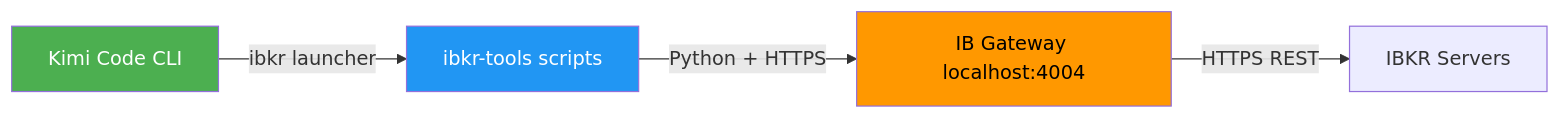
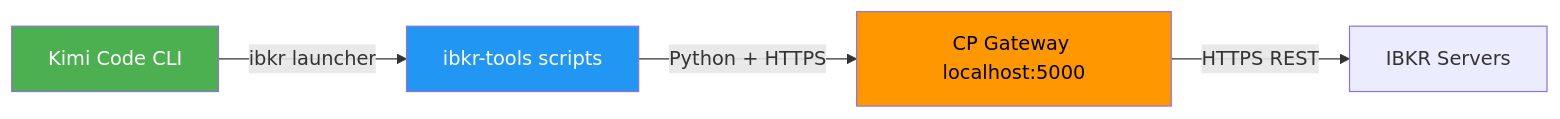
The first of 11 diagrams in skills/ibkr-trading/SKILL.md (samdharma/ibkr-kimi-plugin), drawn with Mermaid before and after one commit. The commit also changed other lines of this file and 6 other files, not shown here.

````diff
--- a/skills/ibkr-trading/SKILL.md
+++ b/skills/ibkr-trading/SKILL.md
@@ -12,10 +12,10 @@
 ```mermaid
 flowchart LR
     A[Kimi Code CLI] -->|ibkr launcher| B[ibkr-tools scripts]
-    B -->|Python + HTTPS| C[IB Gateway localhost:4004]
+    B -->|Python + HTTPS| C[CP Gateway localhost:5000]
     C -->|HTTPS REST| D[IBKR Servers]
 
     style A fill:#4CAF50,color:#fff
     style B fill:#2196F3,color:#fff
     style C fill:#FF9800,color:#000
 ```
````
